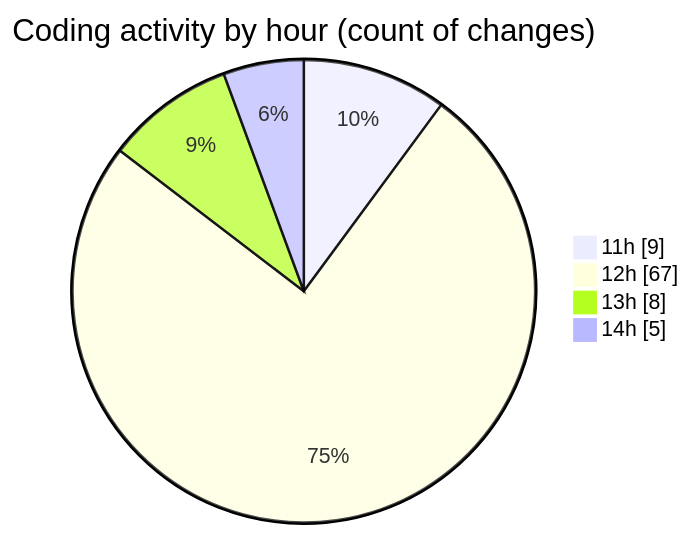
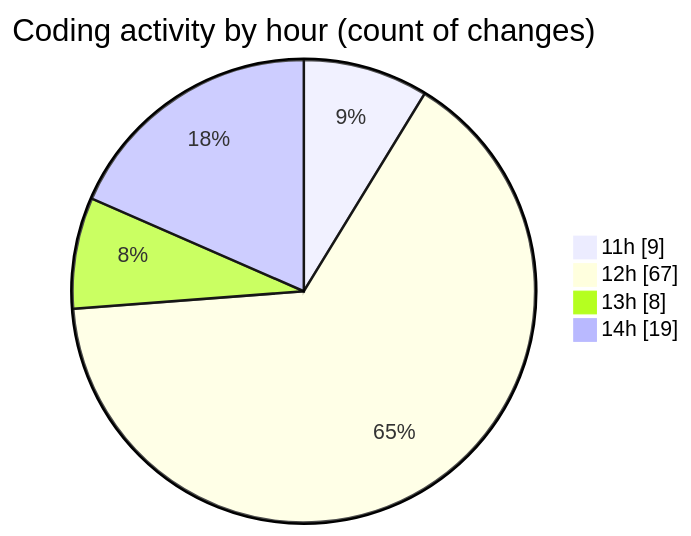
The second of 2 diagrams in 2026-08-23/nxtqube_webapp/README.md (nxtqubesakshisongat/code-tracking), drawn with Mermaid before and after one commit. The commit also changed other lines of this file and 1 other file, not shown here.

````diff
--- a/2026-08-23/nxtqube_webapp/README.md
+++ b/2026-08-23/nxtqube_webapp/README.md
@@ -59,8 +62,8 @@
 ```mermaid
 pie showData
 title Coding activity by hour (count of changes)
 "11h" : 9
 "12h" : 67
 "13h" : 8
-"14h" : 5
+"14h" : 19
 ```
````
